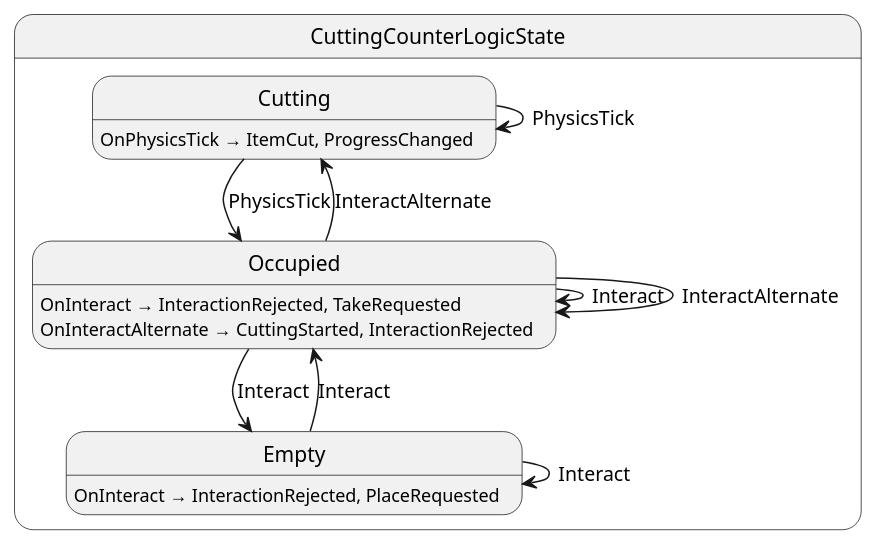
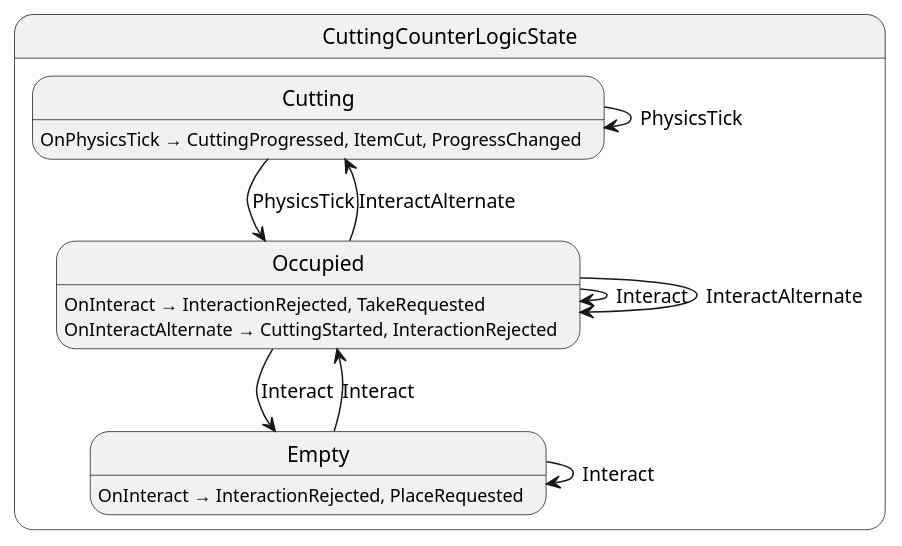
One commit to MaymeJetsoft/KitchenChaos changed the diagram in src/counters/cutting_counter/CuttingCounterLogicState.g.puml. Above: the diagram before and after it, drawn with PlantUML. The commit also changed 3 other files, not shown here.

Commit message:
CuttingCounter: add progressbar

```diff
--- a/src/counters/cutting_counter/CuttingCounterLogicState.g.puml
+++ b/src/counters/cutting_counter/CuttingCounterLogicState.g.puml
@@ -1,21 +1,21 @@
 @startuml CuttingCounterLogicState
 state "CuttingCounterLogicState" as KitchenChaos_CuttingCounterLogicState {
   state "Cutting" as KitchenChaos_CuttingCounterLogicState_Cutting
   state "Empty" as KitchenChaos_CuttingCounterLogicState_Empty
   state "Occupied" as KitchenChaos_CuttingCounterLogicState_Occupied
 }
 
 KitchenChaos_CuttingCounterLogicState_Cutting --> KitchenChaos_CuttingCounterLogicState_Cutting : PhysicsTick
 KitchenChaos_CuttingCounterLogicState_Cutting --> KitchenChaos_CuttingCounterLogicState_Occupied : PhysicsTick
 KitchenChaos_CuttingCounterLogicState_Empty --> KitchenChaos_CuttingCounterLogicState_Empty : Interact
 KitchenChaos_CuttingCounterLogicState_Empty --> KitchenChaos_CuttingCounterLogicState_Occupied : Interact
 KitchenChaos_CuttingCounterLogicState_Occupied --> KitchenChaos_CuttingCounterLogicState_Cutting : InteractAlternate
 KitchenChaos_CuttingCounterLogicState_Occupied --> KitchenChaos_CuttingCounterLogicState_Empty : Interact
 KitchenChaos_CuttingCounterLogicState_Occupied --> KitchenChaos_CuttingCounterLogicState_Occupied : Interact
 KitchenChaos_CuttingCounterLogicState_Occupied --> KitchenChaos_CuttingCounterLogicState_Occupied : InteractAlternate
 
-KitchenChaos_CuttingCounterLogicState_Cutting : OnPhysicsTick → ItemCut, ProgressChanged
+KitchenChaos_CuttingCounterLogicState_Cutting : OnPhysicsTick → CuttingProgressed, ItemCut, ProgressChanged
 KitchenChaos_CuttingCounterLogicState_Empty : OnInteract → InteractionRejected, PlaceRequested
 KitchenChaos_CuttingCounterLogicState_Occupied : OnInteract → InteractionRejected, TakeRequested
 KitchenChaos_CuttingCounterLogicState_Occupied : OnInteractAlternate → CuttingStarted, InteractionRejected
 @enduml
```
